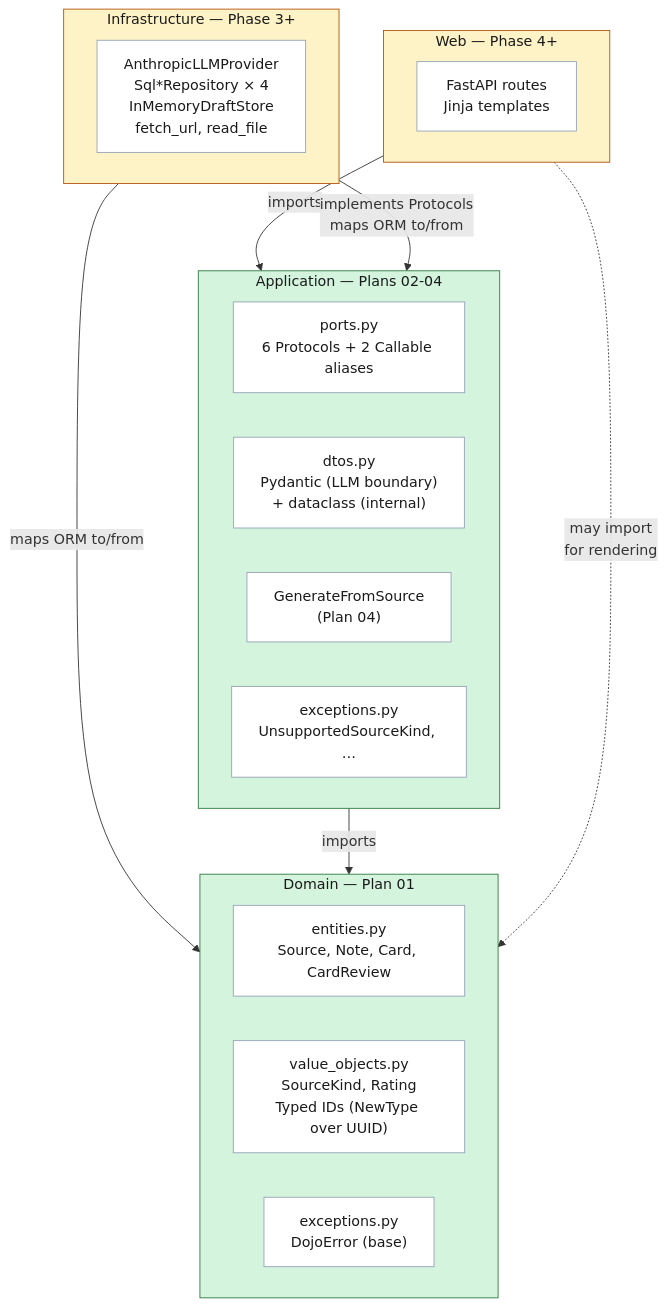
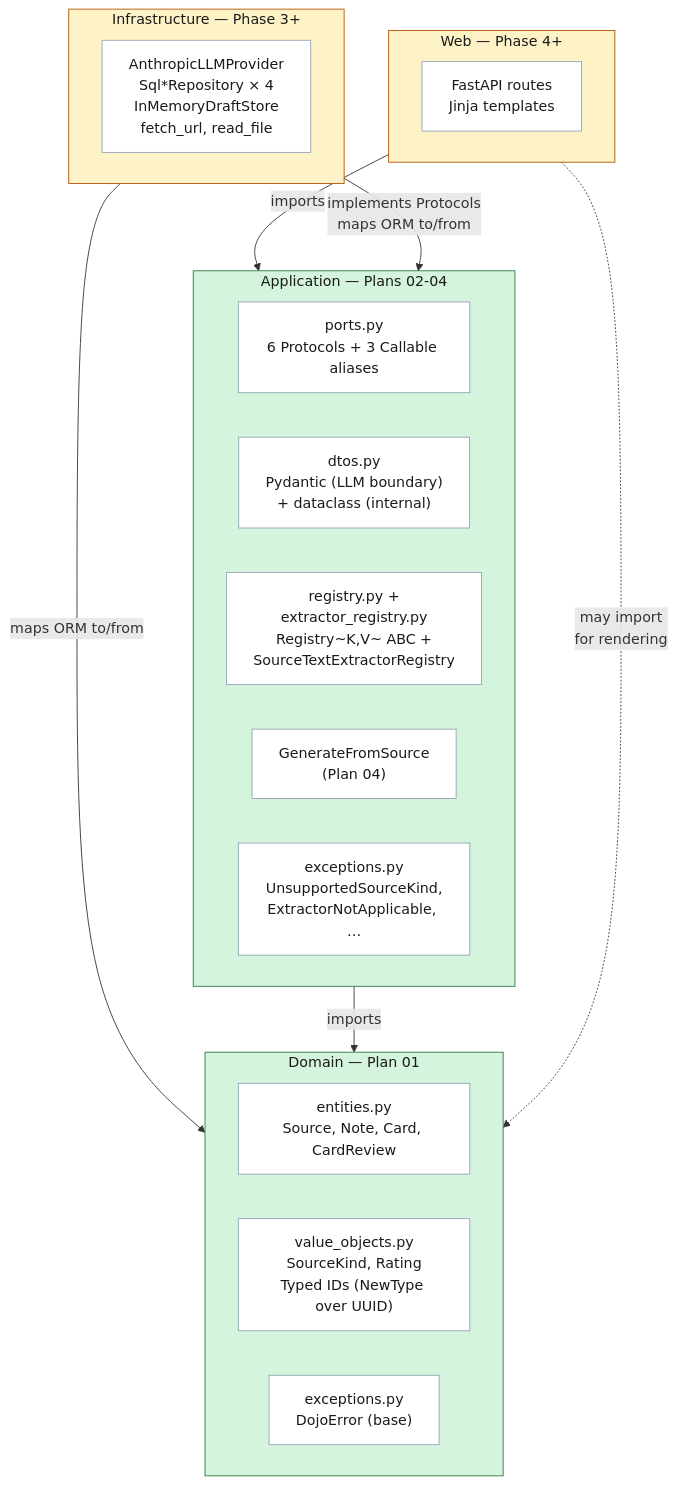
Before and after one commit to pvardanis/dojo: the first of 5 diagrams in docs/architecture/overview.md, drawn with Mermaid. The commit also changed other lines of this file, not shown here.

````diff
--- a/docs/architecture/overview.md
+++ b/docs/architecture/overview.md
@@ -31,36 +31,37 @@
 ```mermaid
 flowchart TD
     subgraph Web["Web — Phase 4+"]
         routes["FastAPI routes<br/>Jinja templates"]
     end
 
     subgraph Infrastructure["Infrastructure — Phase 3+"]
         adapters["AnthropicLLMProvider<br/>Sql*Repository × 4<br/>InMemoryDraftStore<br/>fetch_url, read_file"]
     end
 
     subgraph Application["Application — Plans 02-04"]
-        ports["ports.py<br/>6 Protocols + 2 Callable aliases"]
+        ports["ports.py<br/>6 Protocols + 3 Callable aliases"]
         dtos["dtos.py<br/>Pydantic (LLM boundary)<br/>+ dataclass (internal)"]
+        registry["registry.py +<br/>extractor_registry.py<br/>Registry~K,V~ ABC +<br/>SourceTextExtractorRegistry"]
         usecase["GenerateFromSource<br/>(Plan 04)"]
-        appexc["exceptions.py<br/>UnsupportedSourceKind, …"]
+        appexc["exceptions.py<br/>UnsupportedSourceKind,<br/>ExtractorNotApplicable, …"]
     end
 
     subgraph Domain["Domain — Plan 01"]
         entities["entities.py<br/>Source, Note, Card, CardReview"]
         vos["value_objects.py<br/>SourceKind, Rating<br/>Typed IDs (NewType over UUID)"]
         domexc["exceptions.py<br/>DojoError (base)"]
     end
 
     Web -->|imports| Application
     Infrastructure -->|implements Protocols<br/>maps ORM to/from| Application
     Infrastructure -->|maps ORM to/from| Domain
     Application -->|imports| Domain
     Web -.->|may import<br/>for rendering| Domain
 
     classDef locked fill:#d4f4dd,stroke:#2d7a3f,color:#1a1a1a
     classDef pending fill:#fef3c7,stroke:#b45309,color:#1a1a1a
     classDef node fill:#ffffff,stroke:#94a3b8,color:#1a1a1a
     class Domain,Application locked
     class Web,Infrastructure pending
-    class routes,adapters,ports,dtos,usecase,appexc,entities,vos,domexc node
+    class routes,adapters,ports,dtos,registry,usecase,appexc,entities,vos,domexc node
 ```
````
